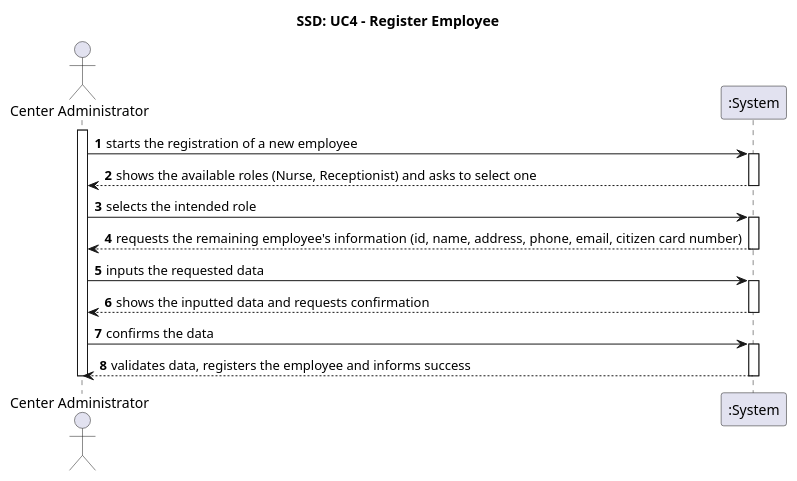
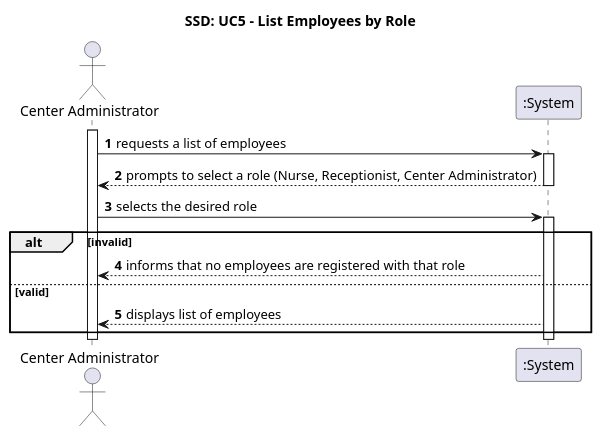
The diagram in Documentation/Use Cases/puml/UC4.puml (Andre-1240567/fsoft2026_1DD_1), drawn with PlantUML before and after one commit. The commit also changed 4 other files, not shown here.

```diff
--- a/Documentation/Use Cases/puml/UC4.puml
+++ b/Documentation/Use Cases/puml/UC4.puml
@@ -1,31 +1,26 @@
-@startuml SSD_RegisterEmployee
-title SSD: UC4 - Register Employee
+@startuml SSD_ListEmployees
+title SSD: UC5 - List Employees by Role
 
 actor "Center Administrator" as Admin
 participant ":System" as System
 
 autonumber
 
 activate Admin
-Admin -> System: starts the registration of a new employee
+Admin -> System: requests a list of employees
 activate System
-System --> Admin: shows the available roles (Nurse, Receptionist) and asks to select one
+System --> Admin: prompts to select a role (Nurse, Receptionist, Center Administrator)
 deactivate System
 
-Admin -> System: selects the intended role
+Admin -> System: selects the desired role
 activate System
-System --> Admin: requests the remaining employee's information (id, name, address, phone, email, citizen card number)
-deactivate System
 
-Admin -> System: inputs the requested data
-activate System
-System --> Admin: shows the inputted data and requests confirmation
-deactivate System
+alt invalid
+    System --> Admin: informs that no employees are registered with that role
+else valid
+    System --> Admin: displays list of employees
+end
 
-Admin -> System: confirms the data
-activate System
-System --> Admin: validates data, registers the employee and informs success
 deactivate System
 deactivate Admin
-
 @enduml
```
